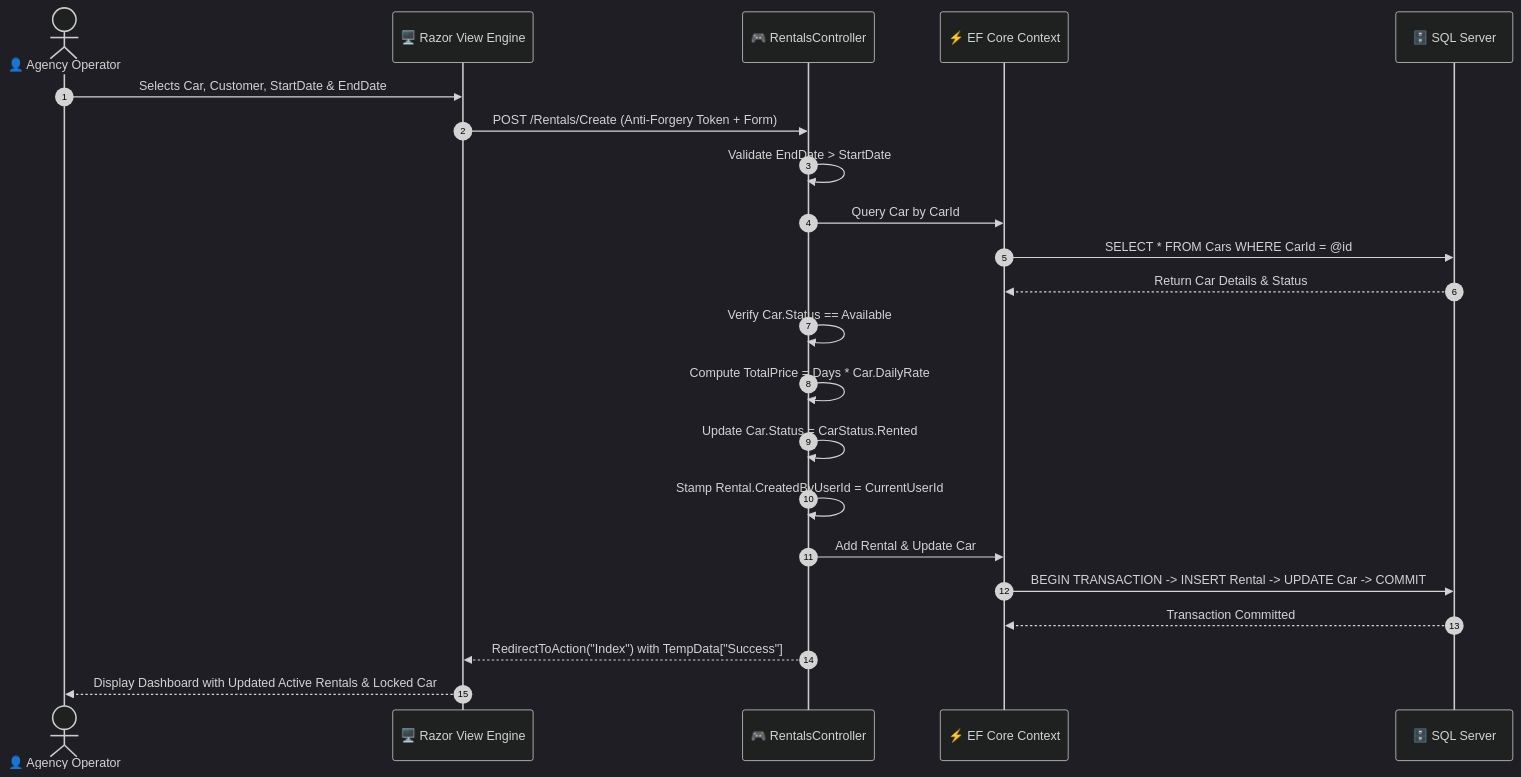
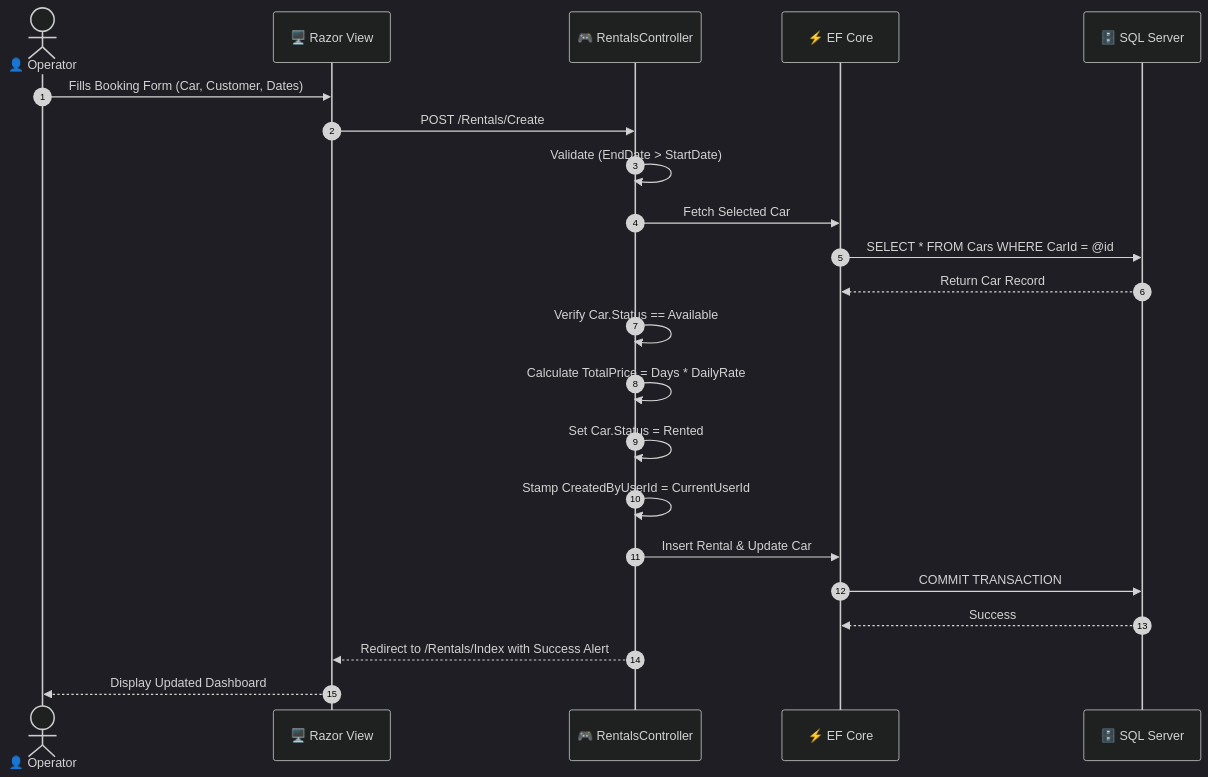
The fourth of 5 diagrams in README.md (Mohamed-Abdelaty/Car-Agencies-Rental), drawn with Mermaid (dark theme) before and after one commit. The commit also changed other lines of this file, not shown here.

Commit message:
docs: add modern visual README with GitHub diagrams

````diff
--- a/README.md
+++ b/README.md
@@ -234,25 +220,25 @@
 ```mermaid
 sequenceDiagram
     autonumber
-    actor Operator as 👤 Agency Operator
-    participant Client as 🖥️ Razor View Engine
+    actor User as 👤 Operator
+    participant View as 🖥️ Razor View
     participant Ctrl as 🎮 RentalsController
-    participant EF as ⚡ EF Core Context
+    participant EF as ⚡ EF Core
     participant DB as 🗄️ SQL Server
 
-    Operator->>Client: Selects Car, Customer, StartDate & EndDate
-    Client->>Ctrl: POST /Rentals/Create (Anti-Forgery Token + Form)
-    Ctrl->>Ctrl: Validate EndDate > StartDate
-    Ctrl->>EF: Query Car by CarId
+    User->>View: Fills Booking Form (Car, Customer, Dates)
+    View->>Ctrl: POST /Rentals/Create
+    Ctrl->>Ctrl: Validate (EndDate > StartDate)
+    Ctrl->>EF: Fetch Selected Car
     EF->>DB: SELECT * FROM Cars WHERE CarId = @id
-    DB-->>EF: Return Car Details & Status
+    DB-->>EF: Return Car Record
     Ctrl->>Ctrl: Verify Car.Status == Available
-    Ctrl->>Ctrl: Compute TotalPrice = Days * Car.DailyRate
-    Ctrl->>Ctrl: Update Car.Status = CarStatus.Rented
-    Ctrl->>Ctrl: Stamp Rental.CreatedByUserId = CurrentUserId
-    Ctrl->>EF: Add Rental & Update Car
-    EF->>DB: BEGIN TRANSACTION -> INSERT Rental -> UPDATE Car -> COMMIT
-    DB-->>EF: Transaction Committed
-    Ctrl-->>Client: RedirectToAction("Index") with TempData["Success"]
-    Client-->>Operator: Display Dashboard with Updated Active Rentals & Locked Car
+    Ctrl->>Ctrl: Calculate TotalPrice = Days * DailyRate
+    Ctrl->>Ctrl: Set Car.Status = Rented
+    Ctrl->>Ctrl: Stamp CreatedByUserId = CurrentUserId
+    Ctrl->>EF: Insert Rental & Update Car
+    EF->>DB: COMMIT TRANSACTION
+    DB-->>EF: Success
+    Ctrl-->>View: Redirect to /Rentals/Index with Success Alert
+    View-->>User: Display Updated Dashboard
 ```
````
